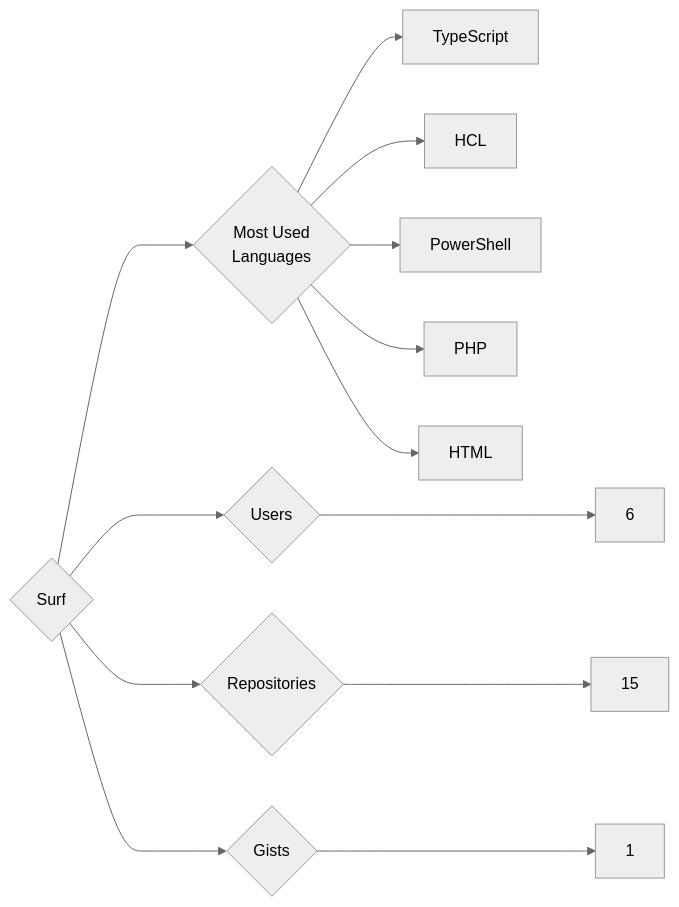
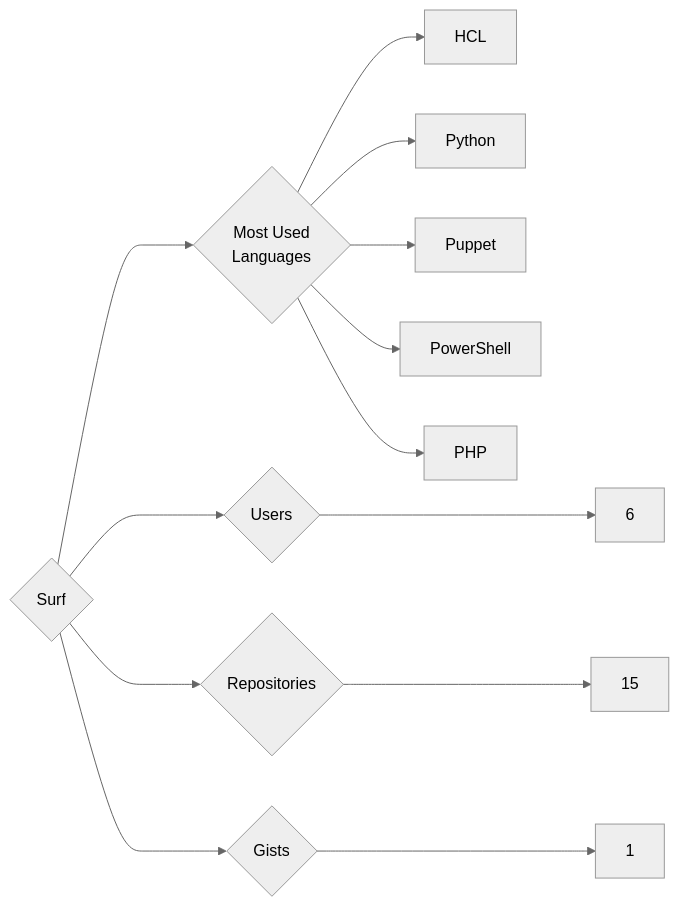
Before and after one commit to trickest/insiders: the diagram in targets/Surf/README.md, drawn with Mermaid (neutral theme). The commit also changed 1389 other files, not shown here.

````diff
--- a/targets/Surf/README.md
+++ b/targets/Surf/README.md
@@ -3,13 +3,13 @@
 ```mermaid
 graph LR
 COMPANY_NAME{Surf}
 COMPANY_NAME ---> U{Users} ---> UN[6]
 COMPANY_NAME ---> R{Repositories} ---> RN[15]
 COMPANY_NAME ---> G{Gists} ---> GN[1]
 COMPANY_NAME ---> ML{Most Used<br>Languages}
-ML --> TypeScript[TypeScript]
 ML --> HCL[HCL]
+ML --> Python[Python]
+ML --> Puppet[Puppet]
 ML --> PowerShell[PowerShell]
 ML --> PHP[PHP]
-ML --> HTML[HTML]
 ```
````
